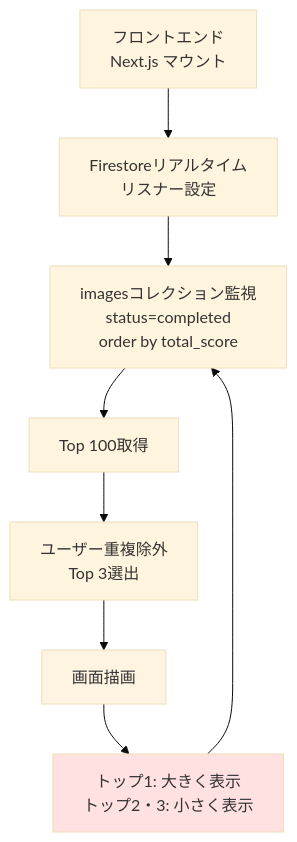
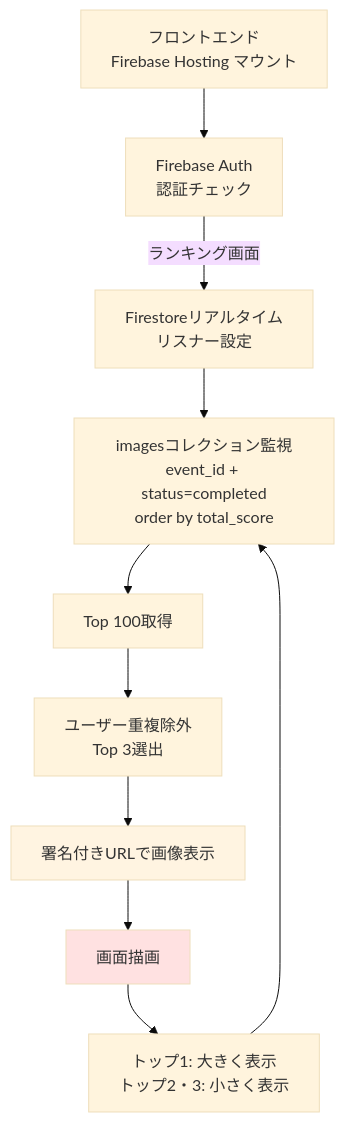
One commit to nakayamaryo0731/wedding_smile_catcher changed the third of 3 diagrams in docs/architecture/overview.md. Above: the diagram before and after it, drawn with Mermaid (base theme). The commit also changed other lines of this file and 18 other files, not shown here.

````diff
--- a/docs/architecture/overview.md
+++ b/docs/architecture/overview.md
@@ -241,13 +262,15 @@
 ```mermaid
 graph TD
-    A[フロントエンド<br/>Next.js マウント] --> B[Firestoreリアルタイム<br/>リスナー設定]
-    B --> C[imagesコレクション監視<br/>status=completed<br/>order by total_score]
-    C --> D[Top 100取得]
-    D --> E[ユーザー重複除外<br/>Top 3選出]
-    E --> F[画面描画]
-    F --> G[トップ1: 大きく表示<br/>トップ2・3: 小さく表示]
-    G --> C
+    A[フロントエンド<br/>Firebase Hosting マウント] --> B[Firebase Auth<br/>認証チェック]
+    B -->|ランキング画面| C[Firestoreリアルタイム<br/>リスナー設定]
+    C --> D[imagesコレクション監視<br/>event_id + status=completed<br/>order by total_score]
+    D --> E[Top 100取得]
+    E --> F[ユーザー重複除外<br/>Top 3選出]
+    F --> G[署名付きURLで画像表示]
+    G --> H[画面描画]
+    H --> I[トップ1: 大きく表示<br/>トップ2・3: 小さく表示]
+    I --> D
 
-    style F fill:#fff4e1
-    style G fill:#ffe1e1
+    style G fill:#fff4e1
+    style H fill:#ffe1e1
 ```
````
